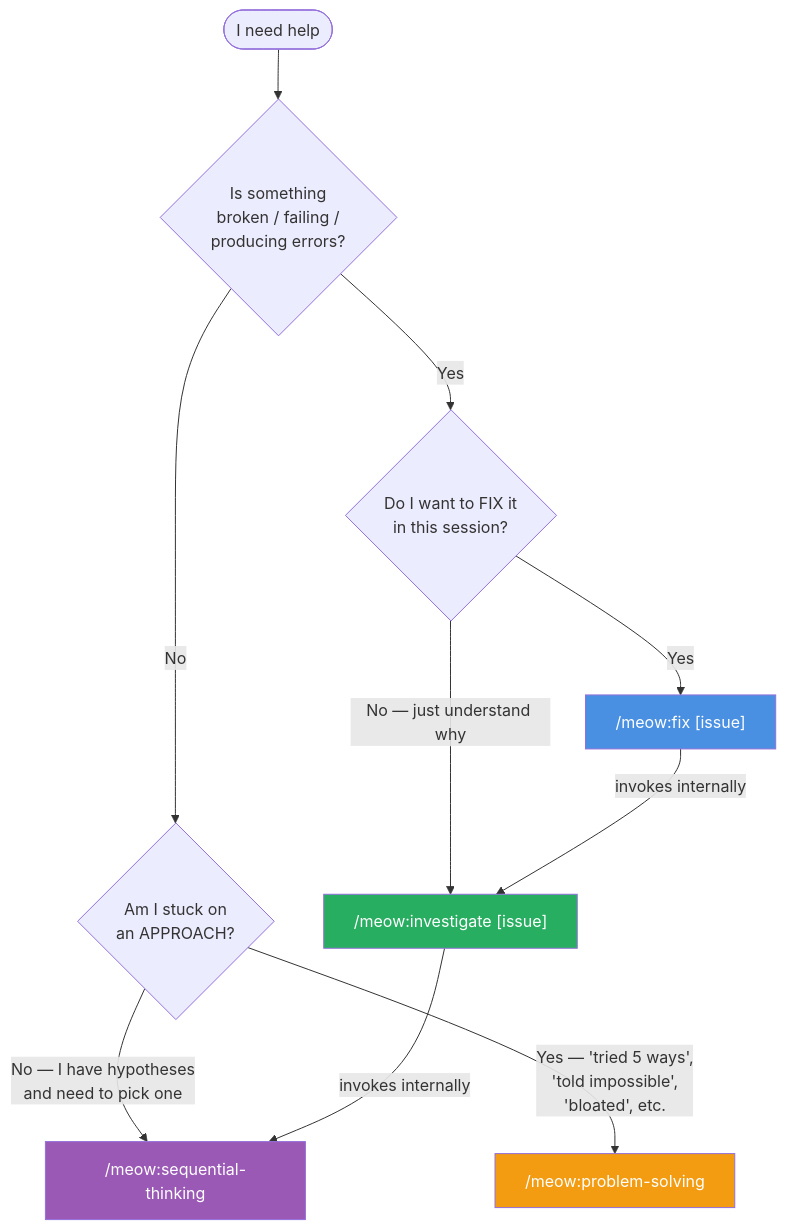
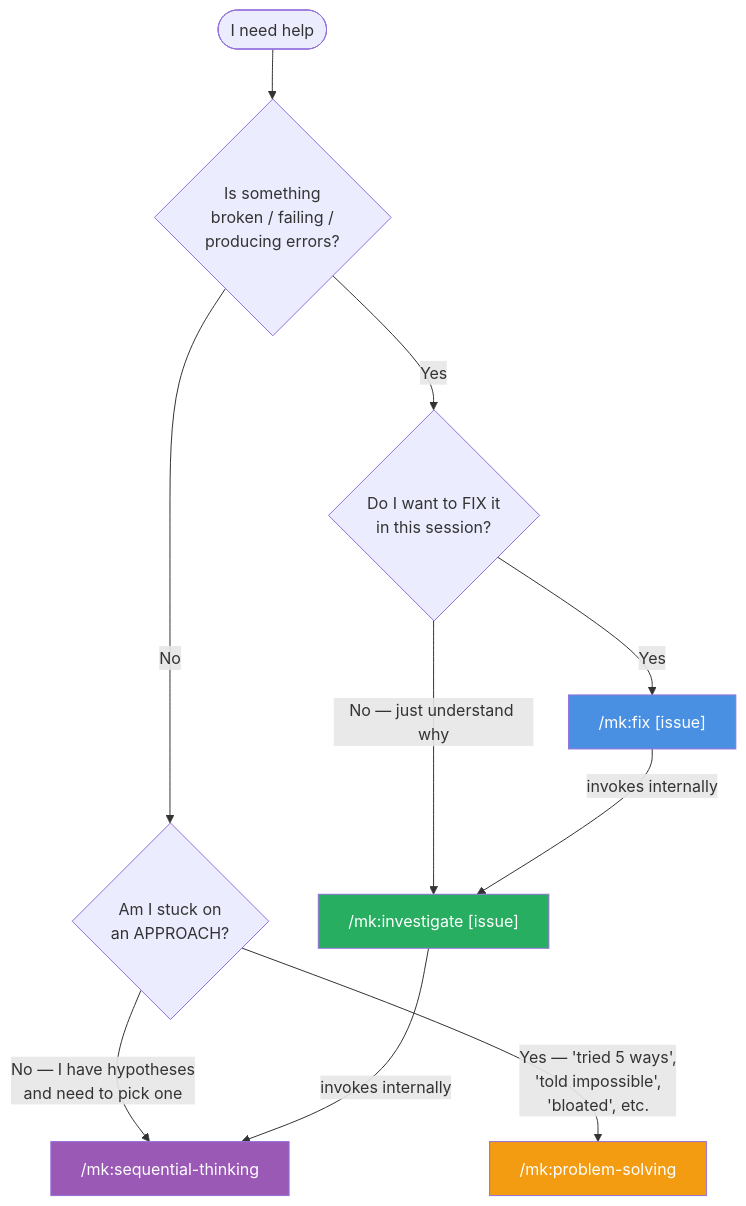
The second of 7 diagrams in website/guide/debugging-skills-decision-guide.md (ngocsangyem/MeowKit), drawn with Mermaid before and after one commit. The commit also changed other lines of this file and 1235 other files, not shown here.

````diff
--- a/website/guide/debugging-skills-decision-guide.md
+++ b/website/guide/debugging-skills-decision-guide.md
@@ -60,21 +60,21 @@
 ```mermaid
 flowchart TD
     START([I need help]) --> Q1{Is something<br/>broken / failing /<br/>producing errors?}
 
     Q1 -->|Yes| Q2{Do I want to FIX it<br/>in this session?}
     Q1 -->|No| Q3{Am I stuck on<br/>an APPROACH?}
 
-    Q2 -->|Yes| USE_FIX["/meow:fix [issue]"]
-    Q2 -->|"No — just understand why"| USE_INV["/meow:investigate [issue]"]
+    Q2 -->|Yes| USE_FIX["/mk:fix [issue]"]
+    Q2 -->|"No — just understand why"| USE_INV["/mk:investigate [issue]"]
 
-    Q3 -->|"Yes — 'tried 5 ways',<br/>'told impossible',<br/>'bloated', etc."| USE_PS["/meow:problem-solving"]
-    Q3 -->|"No — I have hypotheses<br/>and need to pick one"| USE_SEQ["/meow:sequential-thinking"]
+    Q3 -->|"Yes — 'tried 5 ways',<br/>'told impossible',<br/>'bloated', etc."| USE_PS["/mk:problem-solving"]
+    Q3 -->|"No — I have hypotheses<br/>and need to pick one"| USE_SEQ["/mk:sequential-thinking"]
 
     USE_FIX -->|"invokes internally"| USE_INV
     USE_INV -->|"invokes internally"| USE_SEQ
 
     style USE_FIX fill:#4a90e2,color:#fff
     style USE_INV fill:#27ae60,color:#fff
     style USE_SEQ fill:#9b59b6,color:#fff
     style USE_PS fill:#f39c12,color:#fff
 ```
````
